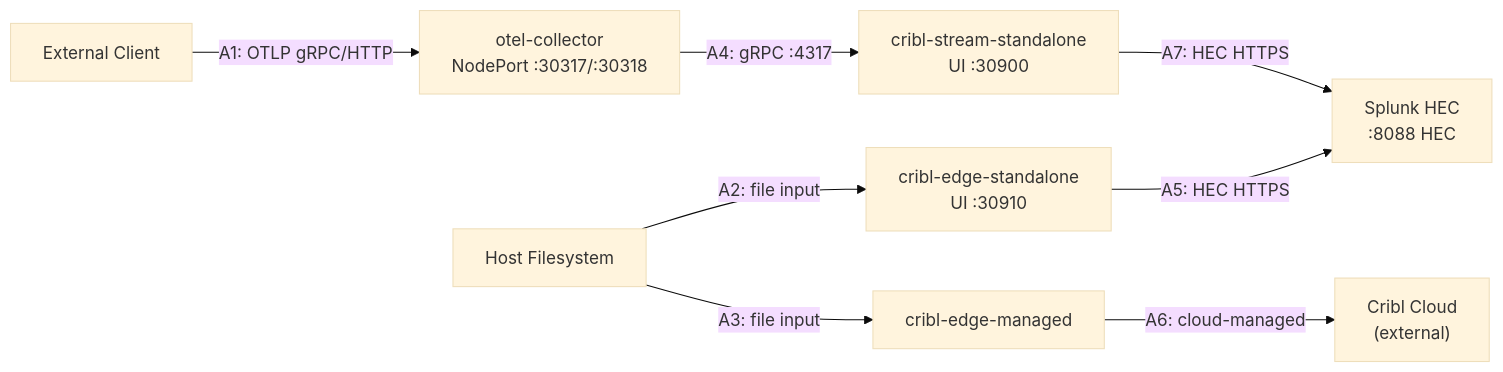
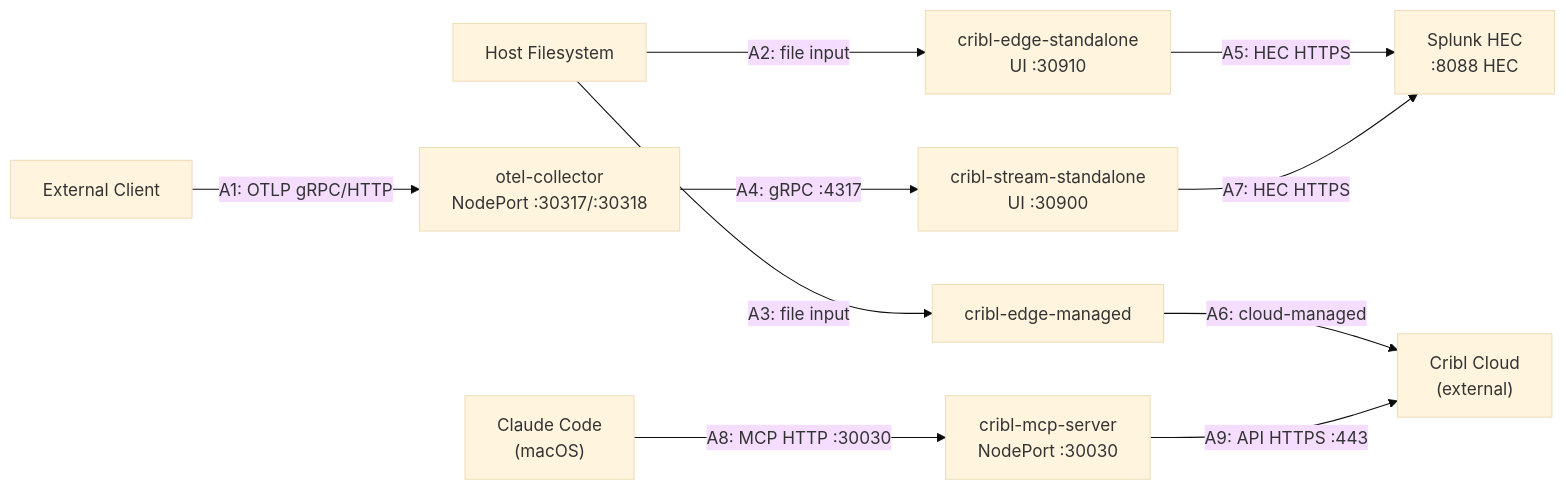
Before and after one commit to JacobPEvans/kubernetes-monitoring: the diagram in docs/ARCHITECTURE.md, drawn with Mermaid (base theme). The commit also changed other lines of this file and 17 other files, not shown here.

First line of the commit message:
feat: add Cribl MCP server to monitoring stack (#33)

````diff
--- a/docs/ARCHITECTURE.md
+++ b/docs/ARCHITECTURE.md
@@ -5,19 +5,23 @@
 ```mermaid
 flowchart LR
     Client[External Client]
     HostFS[Host Filesystem]
     OtelCollector["otel-collector\nNodePort :30317/:30318"]
     EdgeStandalone["cribl-edge-standalone\nUI :30910"]
     EdgeManaged[cribl-edge-managed]
     StreamStandalone["cribl-stream-standalone\nUI :30900"]
     SplunkHEC["Splunk HEC\n:8088 HEC"]
     CriblCloud["Cribl Cloud\n(external)"]
+    McpServer["cribl-mcp-server\nNodePort :30030"]
+    ClaudeCode["Claude Code\n(macOS)"]
 
     Client -->|"A1: OTLP gRPC/HTTP"| OtelCollector
     HostFS -->|"A2: file input"| EdgeStandalone
     HostFS -->|"A3: file input"| EdgeManaged
     OtelCollector -->|"A4: gRPC :4317"| StreamStandalone
     EdgeStandalone -->|"A5: HEC HTTPS"| SplunkHEC
     EdgeManaged -->|"A6: cloud-managed"| CriblCloud
     StreamStandalone -->|"A7: HEC HTTPS"| SplunkHEC
+    ClaudeCode -->|"A8: MCP HTTP :30030"| McpServer
+    McpServer -->|"A9: API HTTPS :443"| CriblCloud
 ```
````
